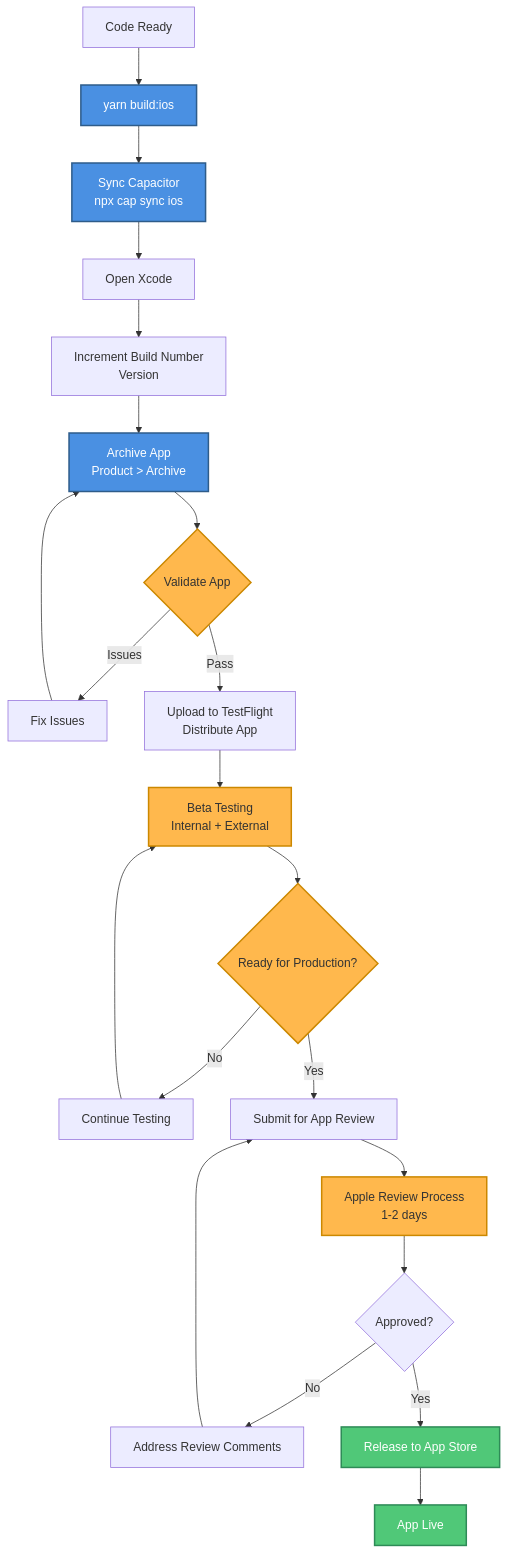
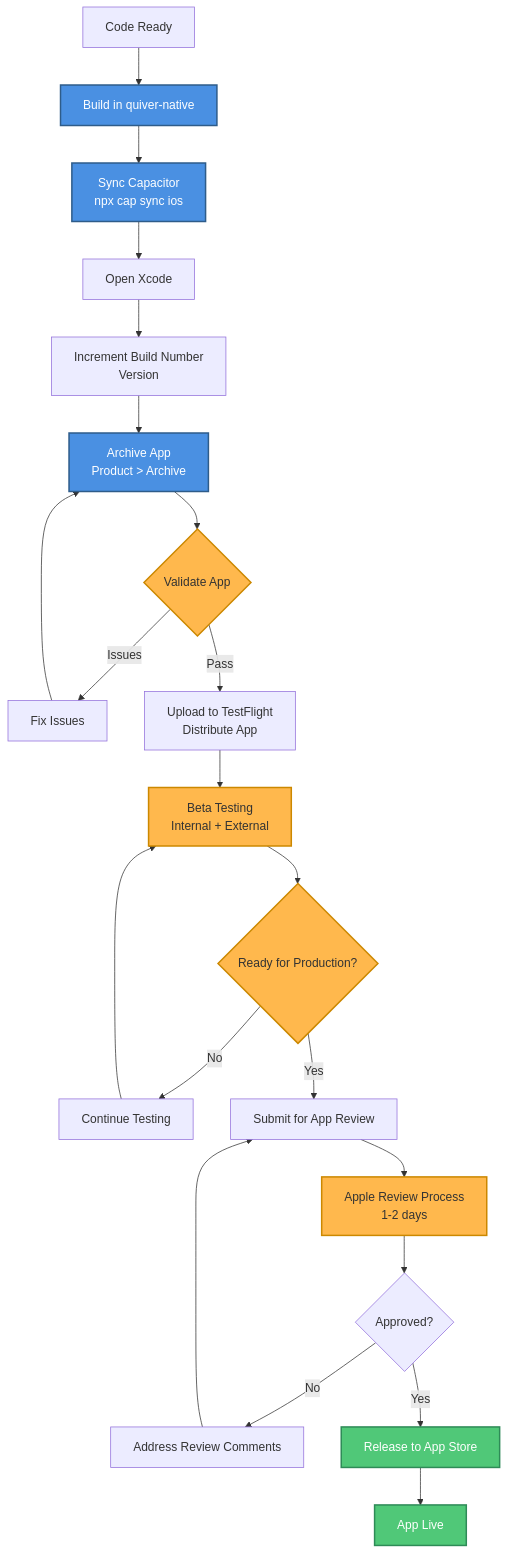
The fourth of 8 diagrams in docs/diagrams/deployment.md (SteveChandler/quiver), drawn with Mermaid before and after one commit. The commit also changed other lines of this file and 237 other files, not shown here.

````diff
--- a/docs/diagrams/deployment.md
+++ b/docs/diagrams/deployment.md
@@ -324,38 +324,38 @@
 ```mermaid
 graph TD
-    Start[Code Ready] --> CapSync[yarn build:ios]
+    Start[Code Ready] --> CapSync[Build in quiver-native]
     CapSync --> UpdateCap[Sync Capacitor<br/>npx cap sync ios]
     UpdateCap --> Xcode[Open Xcode]
 
     Xcode --> UpdateVer[Increment Build Number<br/>Version]
     UpdateVer --> BuildApp[Archive App<br/>Product > Archive]
 
     BuildApp --> ValidateApp{Validate App}
     ValidateApp -->|Issues| FixIssues[Fix Issues]
     FixIssues --> BuildApp
 
     ValidateApp -->|Pass| UploadTF[Upload to TestFlight<br/>Distribute App]
     UploadTF --> BetaTest[Beta Testing<br/>Internal + External]
 
     BetaTest --> Review{Ready for Production?}
     Review -->|No| MoreTesting[Continue Testing]
     MoreTesting --> BetaTest
 
     Review -->|Yes| SubmitReview[Submit for App Review]
     SubmitReview --> AppleReview[Apple Review Process<br/>1-2 days]
 
     AppleReview --> Approved{Approved?}
     Approved -->|No| FixReview[Address Review Comments]
     FixReview --> SubmitReview
 
     Approved -->|Yes| Release[Release to App Store]
     Release --> End[App Live]
 
     classDef buildClass fill:#4A90E2,stroke:#2E5C8A,stroke-width:2px,color:#fff
     classDef testClass fill:#FFB84D,stroke:#CC8800,stroke-width:2px
     classDef prodClass fill:#50C878,stroke:#2E8B57,stroke-width:2px,color:#fff
 
     class CapSync,UpdateCap,BuildApp buildClass
     class ValidateApp,BetaTest,Review,AppleReview testClass
     class Release,End prodClass
 ```
````
